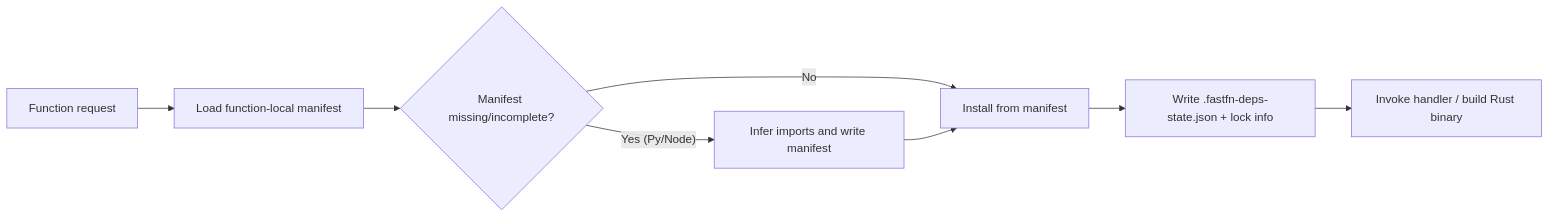
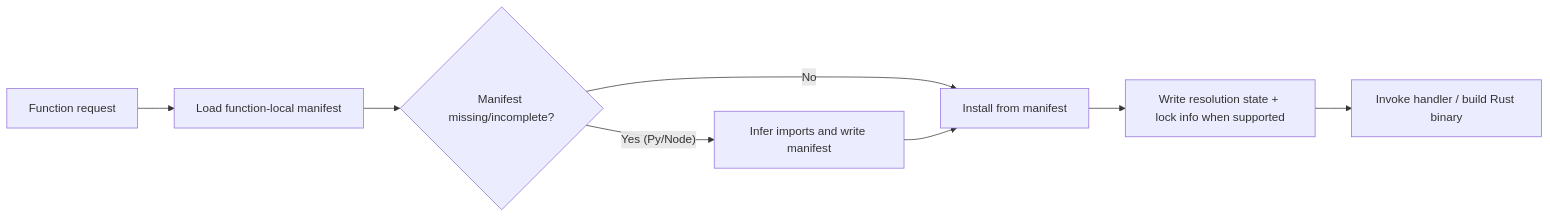
Before and after one commit to misaelzapata/fastfn: the first of 2 diagrams in docs/en/reference/function-spec.md, drawn with Mermaid. The commit also changed other lines of this file and 8 other files, not shown here.

````diff
--- a/docs/en/reference/function-spec.md
+++ b/docs/en/reference/function-spec.md
@@ -336,10 +339,10 @@
 ```mermaid
 flowchart LR
   A["Function request"] --> B["Load function-local manifest"]
   B --> C{"Manifest missing/incomplete?"}
   C -- "No" --> D["Install from manifest"]
   C -- "Yes (Py/Node)" --> E["Infer imports and write manifest"]
   E --> D
-  D --> F["Write .fastfn-deps-state.json + lock info"]
+  D --> F["Write resolution state + lock info when supported"]
   F --> G["Invoke handler / build Rust binary"]
 ```
````
